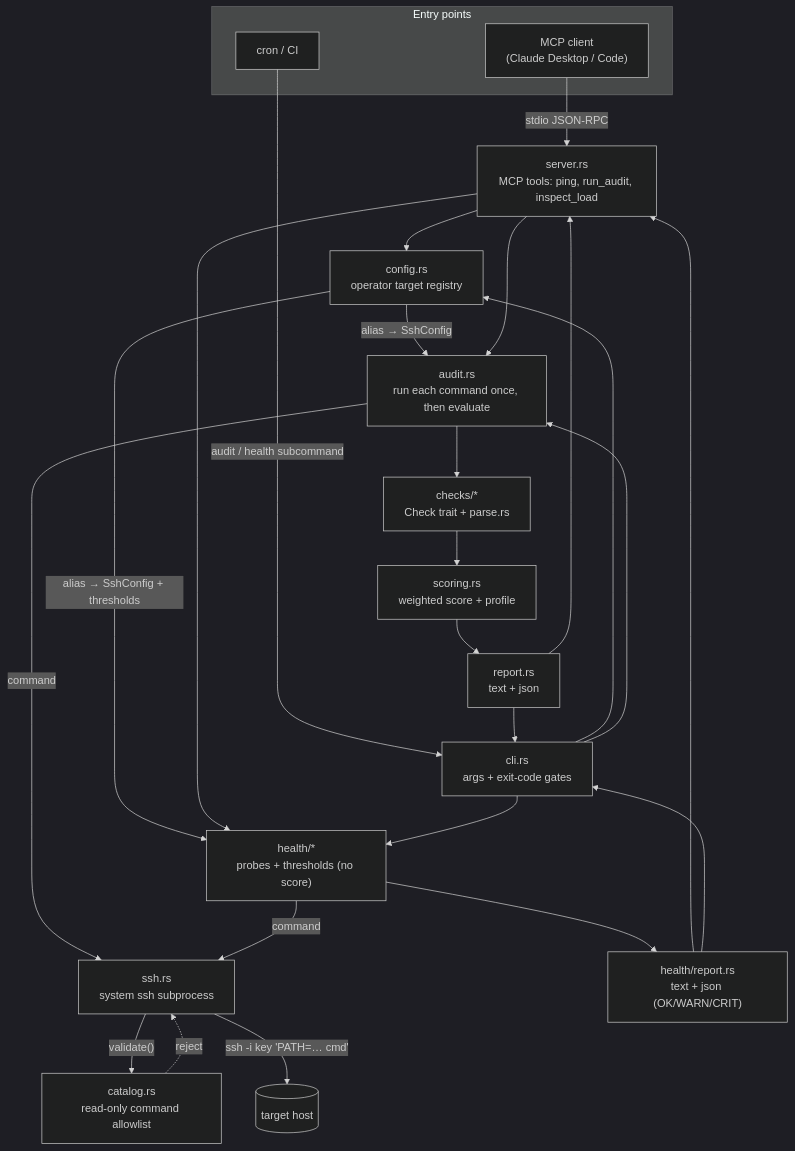
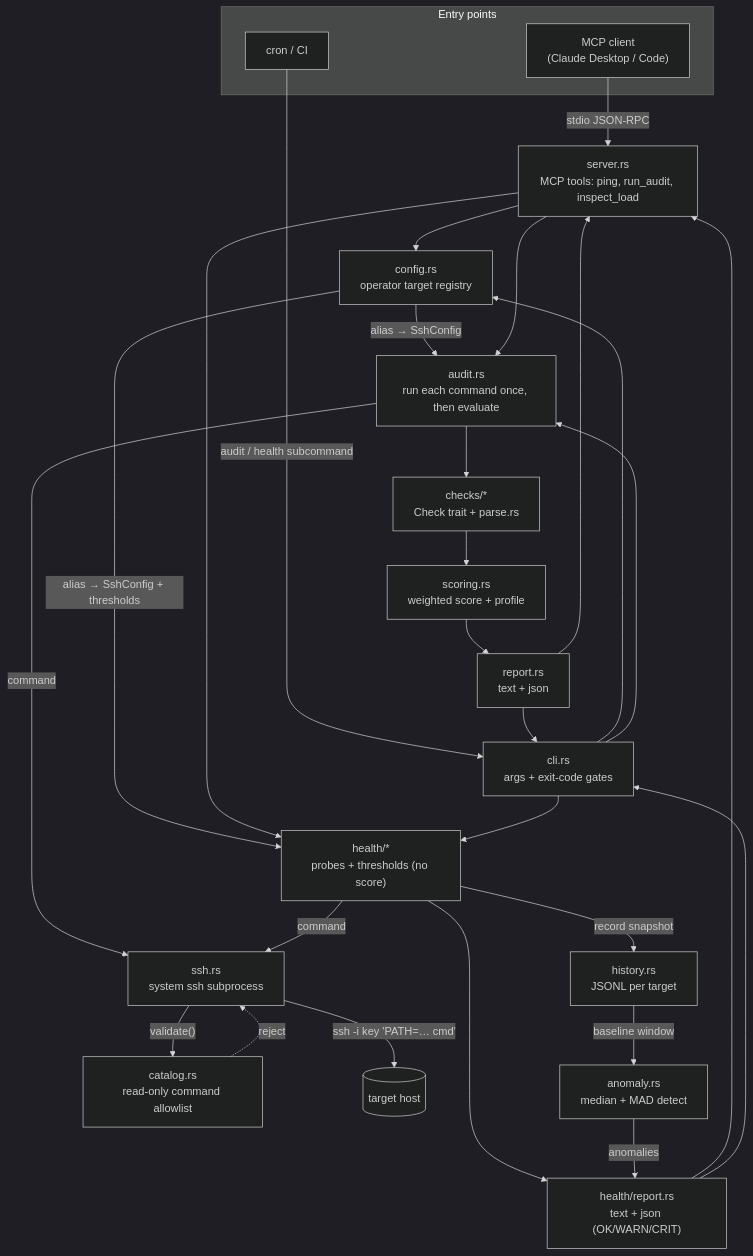
One commit to idesyatov/linux-audit-mcp changed the first of 2 diagrams in docs/ARCHITECTURE.md. Above: the diagram before and after it, drawn with Mermaid (dark theme). The commit also changed other lines of this file and 9 other files, not shown here.

Commit message:
feat: per-host anomaly detection (robust median+MAD baseline over health history)

````diff
--- a/docs/ARCHITECTURE.md
+++ b/docs/ARCHITECTURE.md
@@ -18,35 +23,38 @@
 ```mermaid
 flowchart TB
     subgraph clients["Entry points"]
       MCP["MCP client<br/>(Claude Desktop / Code)"]
       CRON["cron / CI"]
     end
 
     MCP -->|"stdio JSON-RPC"| SERVER["server.rs<br/>MCP tools: ping, run_audit, inspect_load"]
     CRON -->|"audit / health subcommand"| CLI["cli.rs<br/>args + exit-code gates"]
 
     SERVER --> CFG["config.rs<br/>operator target registry"]
     CLI --> CFG
     CFG -->|"alias → SshConfig"| AUDIT
     CFG -->|"alias → SshConfig + thresholds"| HEALTH
 
     SERVER --> AUDIT["audit.rs<br/>run each command once, then evaluate"]
     CLI --> AUDIT
     SERVER --> HEALTH["health/*<br/>probes + thresholds (no score)"]
     CLI --> HEALTH
 
     AUDIT --> CHECKS["checks/*<br/>Check trait + parse.rs"]
     AUDIT -->|"command"| SSH["ssh.rs<br/>system ssh subprocess"]
     HEALTH -->|"command"| SSH
     SSH -->|"validate()"| CAT["catalog.rs<br/>read-only command allowlist"]
     CAT -.->|"reject"| SSH
     SSH -->|"ssh -i key 'PATH=… cmd'"| HOST[("target host")]
 
     CHECKS --> SCORE["scoring.rs<br/>weighted score + profile"]
     SCORE --> REPORT["report.rs<br/>text + json"]
     HEALTH --> HREPORT["health/report.rs<br/>text + json (OK/WARN/CRIT)"]
+    HEALTH -->|"record snapshot"| HIST["history.rs<br/>JSONL per target"]
+    HIST -->|"baseline window"| ANOM["anomaly.rs<br/>median + MAD detect"]
+    ANOM -->|"anomalies"| HREPORT
     REPORT --> SERVER
     REPORT --> CLI
     HREPORT --> SERVER
     HREPORT --> CLI
 ```
````
